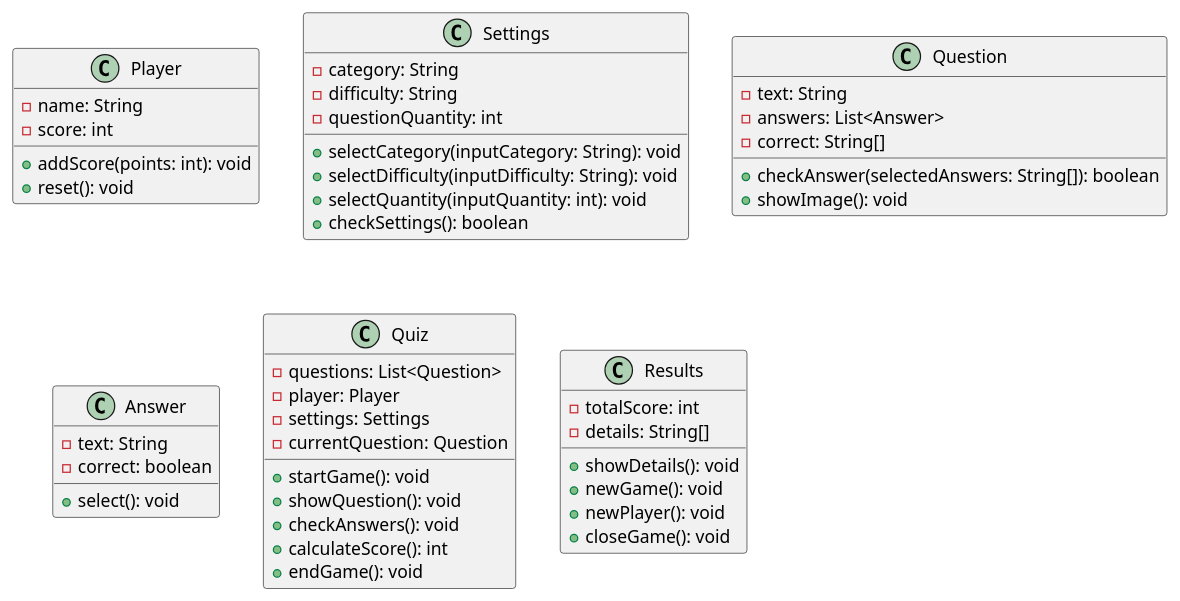
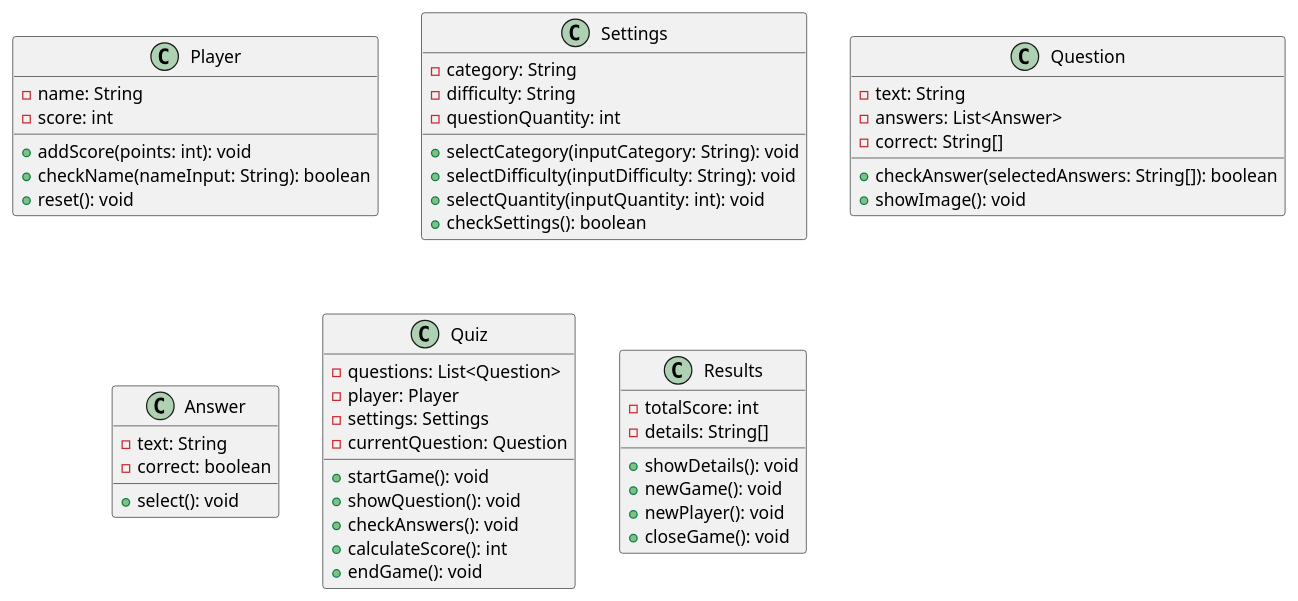
One commit to leonardoSciara/Quiz_Game changed the diagram in 7_Allegati/Diagramma delle classi/Diagramma.wsd. Above: the diagram before and after it, drawn with PlantUML. The commit also changed 19 other files, not shown here.

```diff
--- a/7_Allegati/Diagramma delle classi/Diagramma.wsd
+++ b/7_Allegati/Diagramma delle classi/Diagramma.wsd
@@ -1,61 +1,62 @@
 @startuml
 
 class Player {
     - name: String
     - score: int
 
     + addScore(points: int): void
+    + checkName(nameInput: String): boolean
     + reset(): void
 }
 
 class Settings {
     - category: String
     - difficulty: String
     - questionQuantity: int
 
     + selectCategory(inputCategory: String): void
     + selectDifficulty(inputDifficulty: String): void
     + selectQuantity(inputQuantity: int): void
     + checkSettings(): boolean
 }
 
 class Question {
     - text: String
     - answers: List<Answer>
     - correct: String[]
 
     + checkAnswer(selectedAnswers: String[]): boolean
     + showImage(): void
 }
 
 class Answer {
     - text: String
     - correct: boolean
 
     + select(): void
 }
 
 class Quiz {
     - questions: List<Question>
     - player: Player
     - settings: Settings
     - currentQuestion: Question
 
     + startGame(): void
     + showQuestion(): void
     + checkAnswers(): void
     + calculateScore(): int
     + endGame(): void
 }
 
 class Results {
     - totalScore: int
     - details: String[]
 
     + showDetails(): void
     + newGame(): void
     + newPlayer(): void
     + closeGame(): void
 }
 
 @enduml
```
